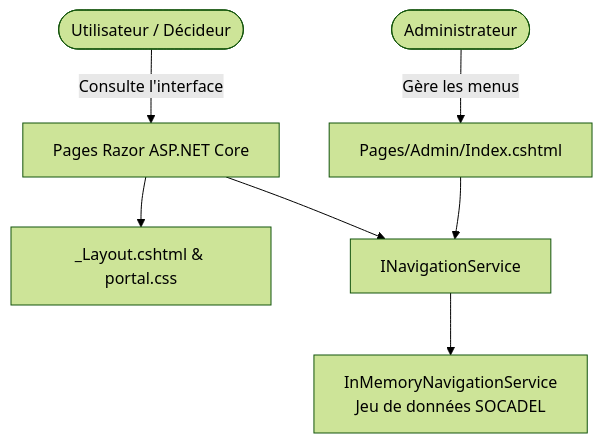
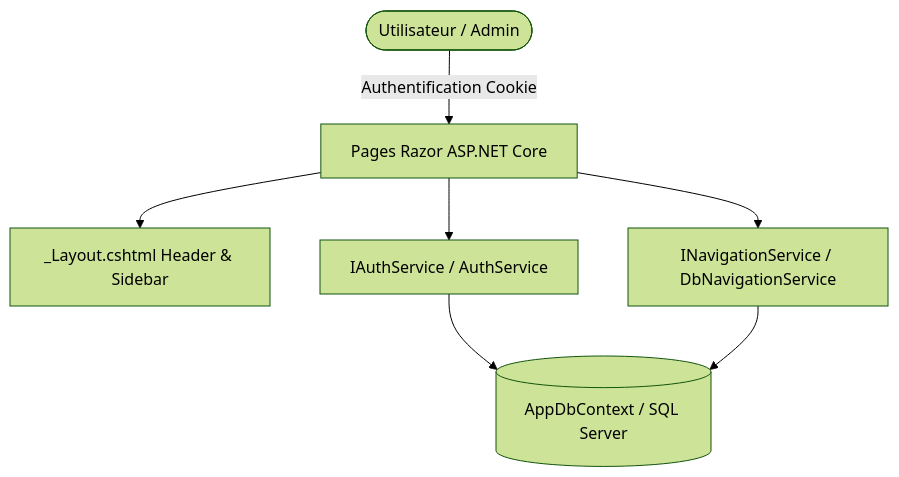
One commit to TsagueNaomi/PortailReportingDashboard changed the diagram in README.md. Above: the diagram before and after it, drawn with Mermaid (forest theme). The commit also changed other lines of this file and 13 other files, not shown here.

````diff
--- a/README.md
+++ b/README.md
@@ -210,9 +36,9 @@
 ```mermaid
 graph TD
-    User([Utilisateur / Décideur]) -->|Consulte l'interface| RazorPage[Pages Razor ASP.NET Core]
-    RazorPage --> Layout[_Layout.cshtml & portal.css]
-    RazorPage --> NavService[INavigationService]
-    NavService --> InMemory[InMemoryNavigationService<br/>Jeu de données SOCADEL]
-    AdminUser([Administrateur]) -->|Gère les menus| AdminPage[Pages/Admin/Index.cshtml]
-    AdminPage --> NavService
+    User([Utilisateur / Admin]) -->|Authentification Cookie| RazorPage[Pages Razor ASP.NET Core]
+    RazorPage --> Layout[_Layout.cshtml Header & Sidebar]
+    RazorPage --> AuthService[IAuthService / AuthService]
+    RazorPage --> NavService[INavigationService / DbNavigationService]
+    AuthService --> AppDbContext[(AppDbContext / SQL Server)]
+    NavService --> AppDbContext
 ```
````
